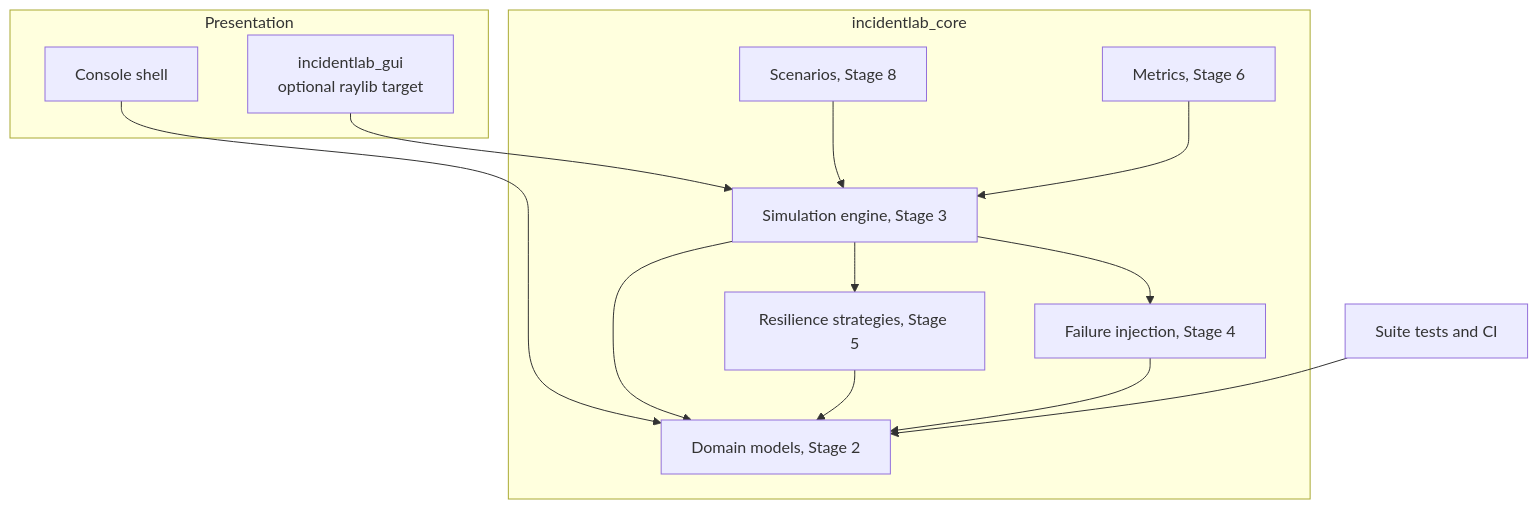
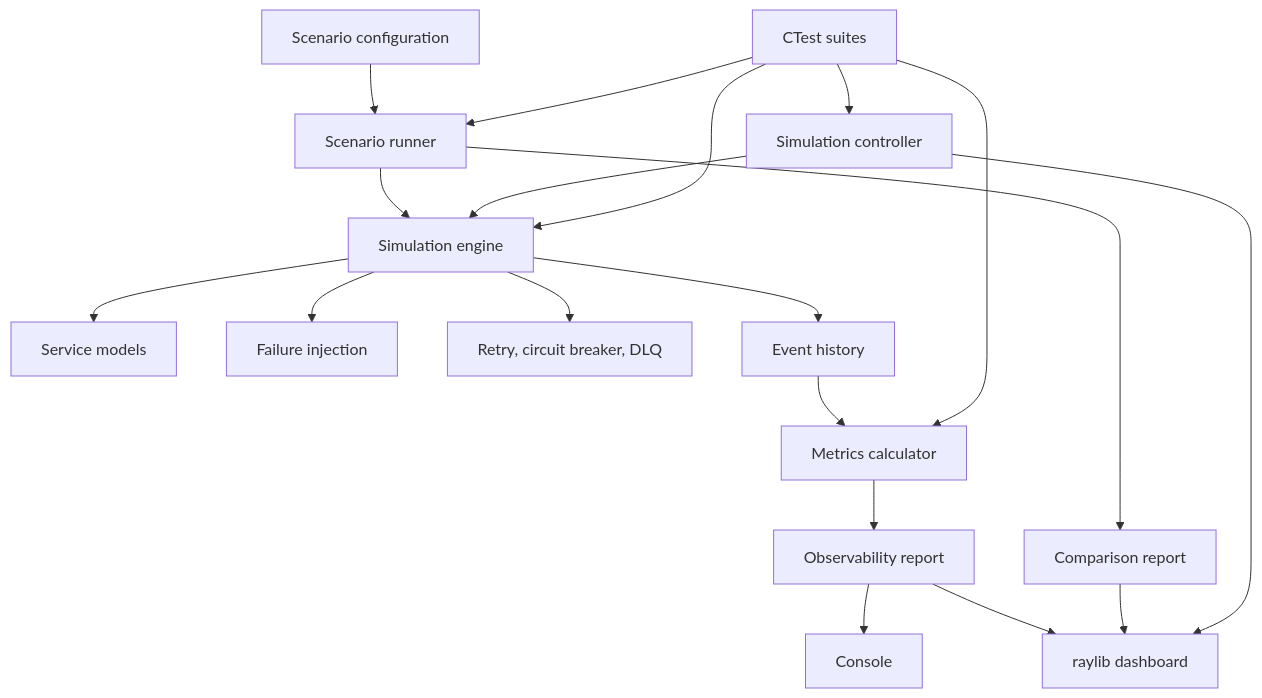
Before and after one commit to IG1234567/incidentLab: the diagram in docs/architecture.md, drawn with Mermaid. The commit also changed other lines of this file and 15 other files, not shown here.

````diff
--- a/docs/architecture.md
+++ b/docs/architecture.md
@@ -373,29 +9,21 @@
 ```mermaid
-flowchart TB
-    subgraph presentation [Presentation]
-        Console["Console shell"]
-        Viz["incidentlab_gui<br/>optional raylib target"]
-    end
-
-    subgraph core [incidentlab_core]
-        Scenarios["Scenarios, Stage 8"]
-        Metrics["Metrics, Stage 6"]
-        Resilience["Resilience strategies, Stage 5"]
-        Failures["Failure injection, Stage 4"]
-        Engine["Simulation engine, Stage 3"]
-        Domain["Domain models, Stage 2"]
-    end
-
-    Tests["Suite tests and CI"]
-
-    Console --> Domain
-    Viz --> Engine
-    Scenarios --> Engine
-    Engine --> Resilience
-    Engine --> Failures
-    Engine --> Domain
-    Resilience --> Domain
-    Failures --> Domain
-    Metrics --> Engine
-    Tests --> Domain
+flowchart TD
+    Config[Scenario configuration] --> Runner[Scenario runner]
+    Runner --> Engine[Simulation engine]
+    Engine --> Services[Service models]
+    Engine --> Failures[Failure injection]
+    Engine --> Resilience[Retry, circuit breaker, DLQ]
+    Engine --> History[Event history]
+    History --> Metrics[Metrics calculator]
+    Metrics --> Report[Observability report]
+    Report --> Console[Console]
+    Report --> Gui[raylib dashboard]
+    Runner --> Comparison[Comparison report]
+    Comparison --> Gui
+    Controller[Simulation controller] --> Engine
+    Controller --> Gui
+    Tests[CTest suites] --> Engine
+    Tests --> Metrics
+    Tests --> Controller
+    Tests --> Runner
 ```
````
